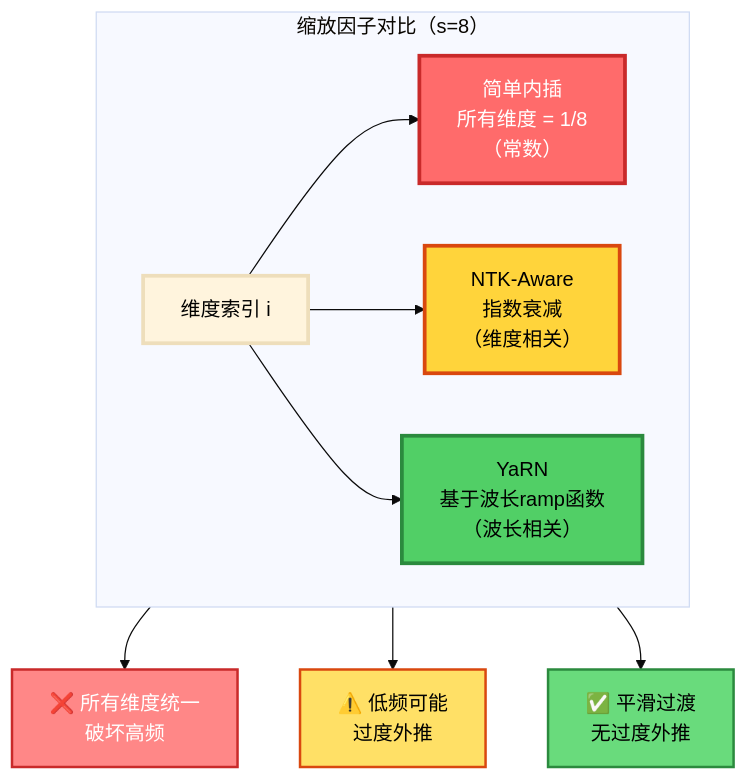
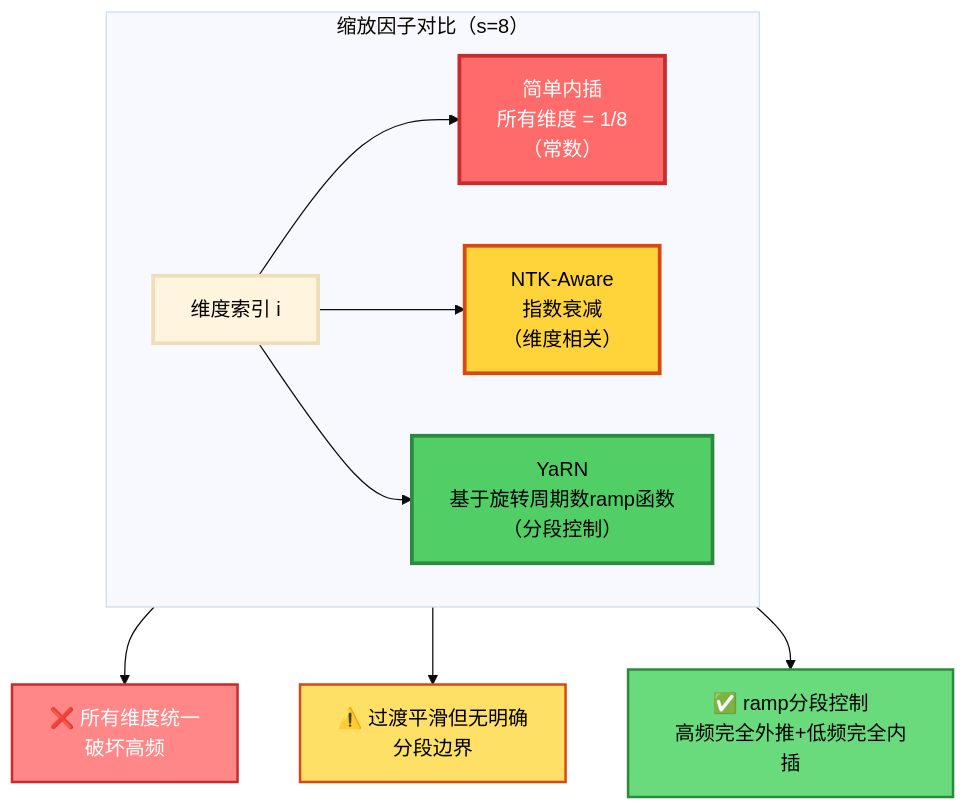
One commit to is-Aaron/is-Aaron.github.io changed the fourth of 9 diagrams in _posts/2026-02-05-yarn-context-extension.md. Above: the diagram before and after it, drawn with Mermaid (base theme). The commit also changed other lines of this file and 15 other files, not shown here.

````diff
--- a/_posts/2026-02-05-yarn-context-extension.md
+++ b/_posts/2026-02-05-yarn-context-extension.md
@@ -221,22 +220,22 @@
 ```mermaid
 graph TB
     subgraph comparison["缩放因子对比（s=8）"]
         direction LR
         
         A["维度索引 i"] --> B["简单内插<br/>所有维度 = 1/8<br/>（常数）"]
         A --> C["NTK-Aware<br/>指数衰减<br/>（维度相关）"]
-        A --> D["YaRN<br/>基于波长ramp函数<br/>（波长相关）"]
+        A --> D["YaRN<br/>基于旋转周期数ramp函数<br/>（分段控制）"]
     end
     
     B --> B1["❌ 所有维度统一<br/>破坏高频"]
-    C --> C1["⚠️ 低频可能<br/>过度外推"]
-    D --> D1["✅ 平滑过渡<br/>无过度外推"]
+    C --> C1["⚠️ 过渡平滑但无明确<br/>分段边界"]
+    D --> D1["✅ ramp分段控制<br/>高频完全外推+低频完全内插"]
     
     style B fill:#ff6b6b,stroke:#c92a2a,stroke-width:3px,color:#fff
     style C fill:#ffd43b,stroke:#d9480f,stroke-width:3px,color:#000
     style D fill:#51cf66,stroke:#2b8a3e,stroke-width:3px,color:#000
     style B1 fill:#ff8787,stroke:#c92a2a,stroke-width:2px,color:#fff
     style C1 fill:#ffe066,stroke:#d9480f,stroke-width:2px,color:#000
     style D1 fill:#69db7c,stroke:#2b8a3e,stroke-width:2px,color:#000
     style A stroke-width:3px,color:#000
 ```
````
